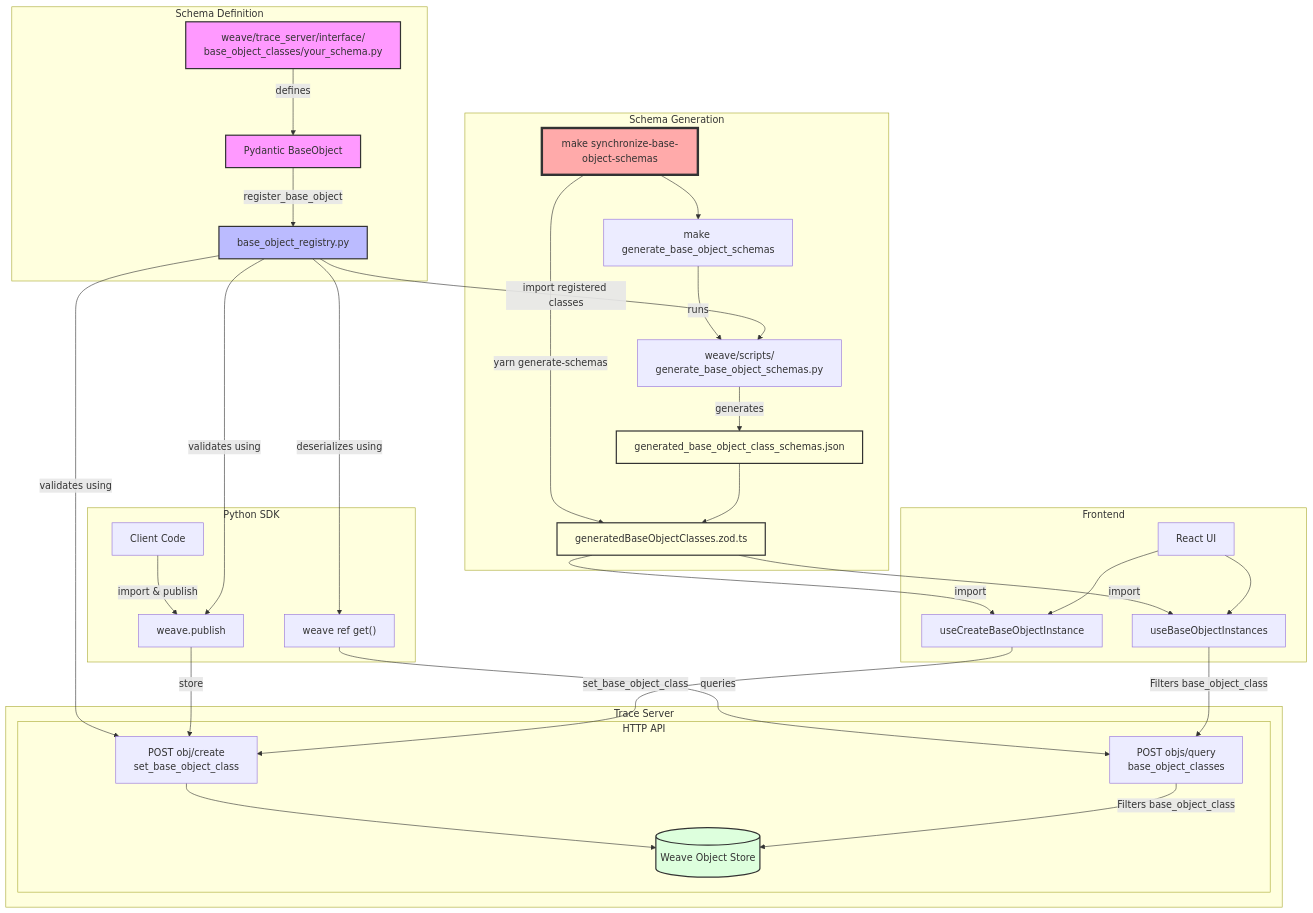
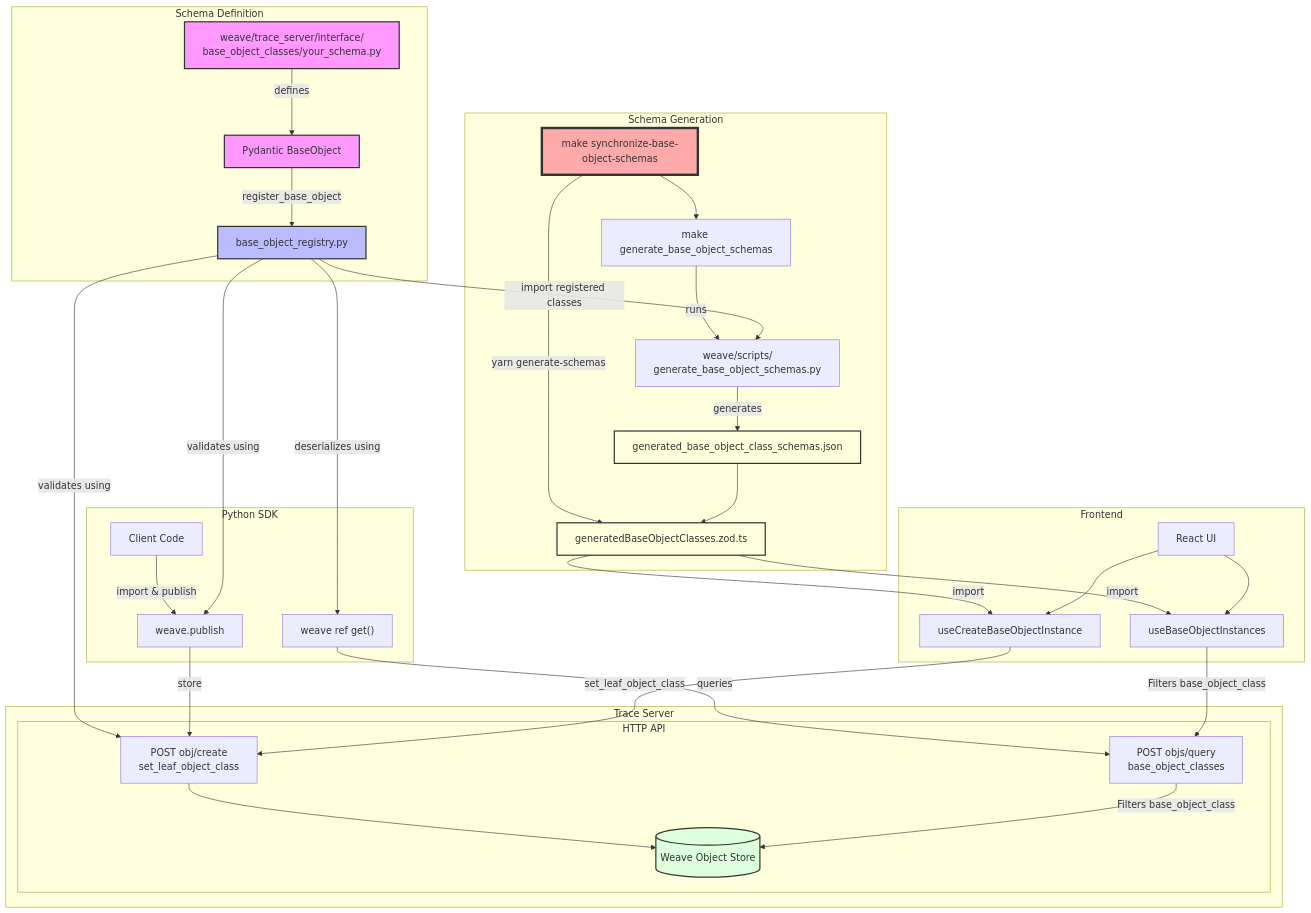
One commit to wandb/weave changed the diagram in dev_docs/BaseObjectClasses.md. Above: the diagram before and after it, drawn with Mermaid. The commit also changed other lines of this file and 15 other files, not shown here.

````diff
--- a/dev_docs/BaseObjectClasses.md
+++ b/dev_docs/BaseObjectClasses.md
@@ -170,49 +170,49 @@
 ```mermaid
 graph TD
     subgraph Schema Definition
         F["weave/trace_server/interface/<br>base_object_classes/your_schema.py"] --> |defines| P[Pydantic BaseObject]
         P --> |register_base_object| R["base_object_registry.py"]
     end
 
     subgraph Schema Generation
         M["make synchronize-base-object-schemas"] --> G["make generate_base_object_schemas"]
         G --> |runs| S["weave/scripts/<br>generate_base_object_schemas.py"]
         R --> |import registered classes| S
         S --> |generates| J["generated_base_object_class_schemas.json"]
         M --> |yarn generate-schemas| Z["generatedBaseObjectClasses.zod.ts"]
         J --> Z
     end
 
     subgraph "Trace Server"
         subgraph "HTTP API"
-            R --> |validates using| HW["POST obj/create<br>set_base_object_class"]
+            R --> |validates using| HW["POST obj/create<br>set_leaf_object_class"]
             HW --> DB[(Weave Object Store)]
             HR["POST objs/query<br>base_object_classes"] --> |Filters base_object_class| DB
         end
     end
 
     subgraph "Python SDK"
         PW[Client Code] --> |import & publish| W[weave.publish]
         W --> |store| HW
         R --> |validates using| W
         PR["weave ref get()"] --> |queries| HR
         R --> |deserializes using| PR
     end
 
     subgraph "Frontend"
         Z --> |import| UBI["useBaseObjectInstances"]
         Z --> |import| UCI["useCreateBaseObjectInstance"]
         UBI --> |Filters base_object_class| HR
-        UCI --> |set_base_object_class| HW
+        UCI --> |set_leaf_object_class| HW
         UI[React UI] --> UBI
         UI --> UCI
     end
 
     style F fill:#f9f,stroke:#333,stroke-width:2px
     style P fill:#f9f,stroke:#333,stroke-width:2px
     style R fill:#bbf,stroke:#333,stroke-width:2px
     style DB fill:#dfd,stroke:#333,stroke-width:2px
     style J fill:#ffd,stroke:#333,stroke-width:2px
     style Z fill:#ffd,stroke:#333,stroke-width:2px
     style M fill:#faa,stroke:#333,stroke-width:4px
 ```
````
